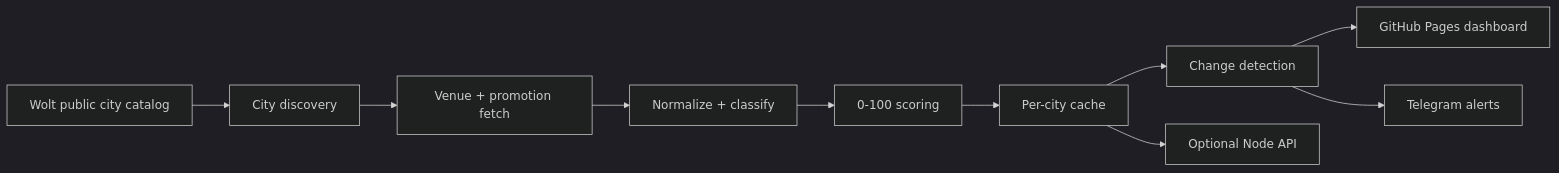
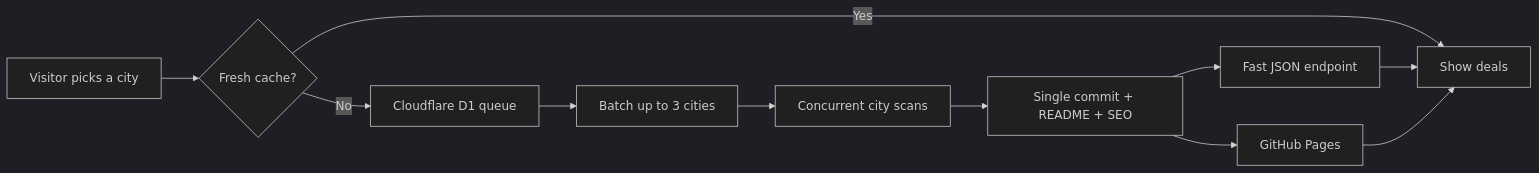
One commit to Bl0ck154/wolt-discount-monitor changed the diagram in README.md. Above: the diagram before and after it, drawn with Mermaid (dark theme). The commit also changed other lines of this file and 11 other files, not shown here.

Commit message:
Batch on-demand city scans with bounded parallel execution (#46)

````diff
--- a/README.md
+++ b/README.md
@@ -111,12 +113,13 @@
 ```mermaid
 flowchart LR
-    A[Wolt public city catalog] --> B[City discovery]
-    B --> C[Venue + promotion fetch]
-    C --> D[Normalize + classify]
-    D --> E[0-100 scoring]
-    E --> F[Per-city cache]
-    F --> G[Change detection]
-    G --> H[GitHub Pages dashboard]
-    G --> I[Telegram alerts]
-    F --> J[Optional Node API]
+    A[Visitor picks a city] --> B{Fresh cache?}
+    B -->|Yes| H[Show deals]
+    B -->|No| C[Cloudflare D1 queue]
+    C --> D[Batch up to 3 cities]
+    D --> E[Concurrent city scans]
+    E --> F[Single commit + README + SEO]
+    F --> G[Fast JSON endpoint]
+    F --> I[GitHub Pages]
+    G --> H
+    I --> H
 ```
````
